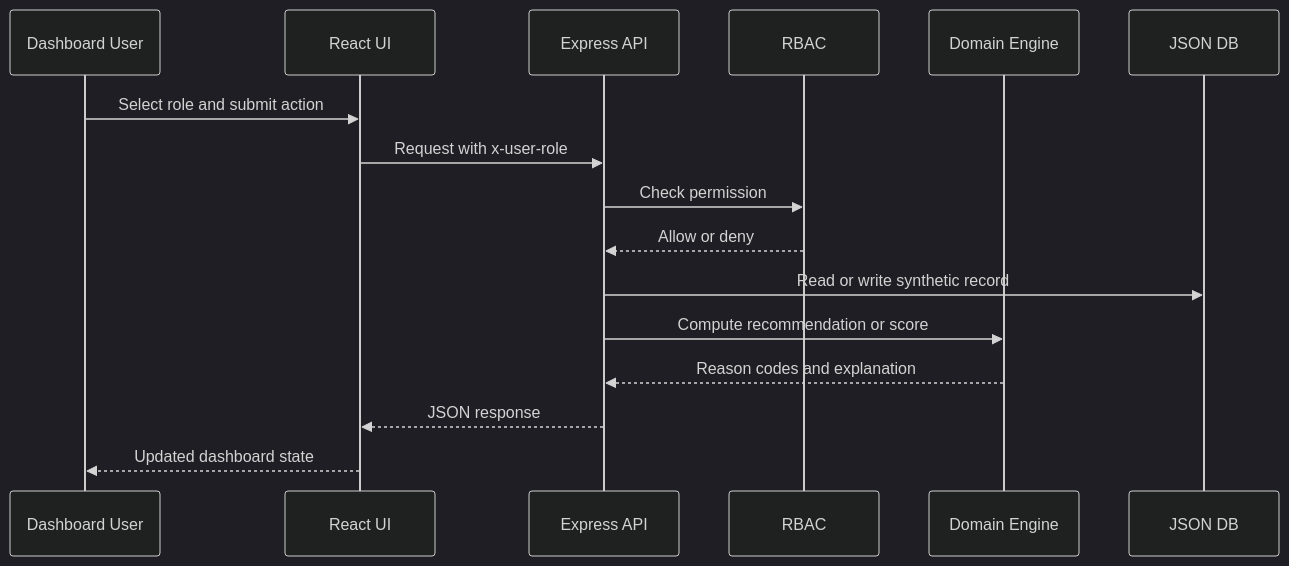
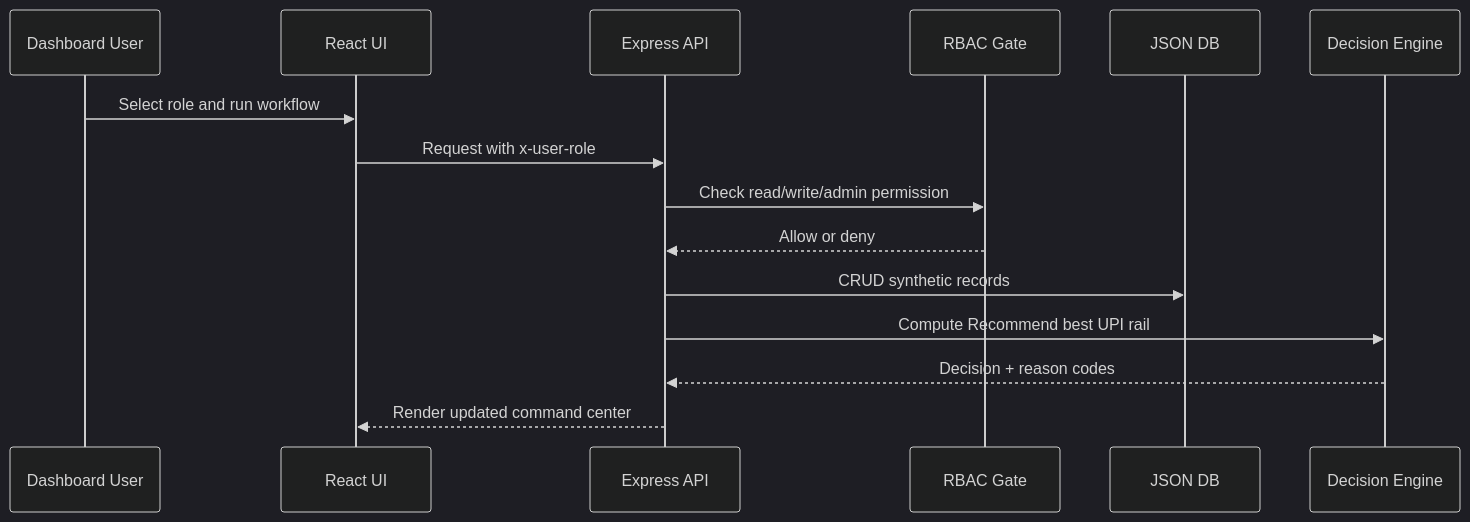
One commit to jprbom/upi-flowpilot changed the third of 4 diagrams in docs/DIAGRAMS.md. Above: the diagram before and after it, drawn with Mermaid (dark theme). The commit also changed other lines of this file and 6 other files, not shown here.

```diff
--- a/docs/DIAGRAMS.md
+++ b/docs/DIAGRAMS.md
@@ -71,18 +56,17 @@
 ~~~mermaid
 sequenceDiagram
   participant User as Dashboard User
   participant UI as React UI
   participant API as Express API
-  participant RBAC as RBAC
-  participant Engine as Domain Engine
+  participant RBAC as RBAC Gate
   participant DB as JSON DB
-  User->>UI: Select role and submit action
+  participant Engine as Decision Engine
+  User->>UI: Select role and run workflow
   UI->>API: Request with x-user-role
-  API->>RBAC: Check permission
+  API->>RBAC: Check read/write/admin permission
   RBAC-->>API: Allow or deny
-  API->>DB: Read or write synthetic record
-  API->>Engine: Compute recommendation or score
-  Engine-->>API: Reason codes and explanation
-  API-->>UI: JSON response
-  UI-->>User: Updated dashboard state
+  API->>DB: CRUD synthetic records
+  API->>Engine: Compute Recommend best UPI rail
+  Engine-->>API: Decision + reason codes
+  API-->>UI: Render updated command center
 ~~~
```
